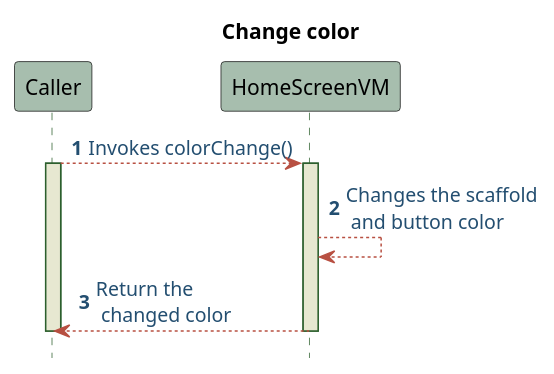
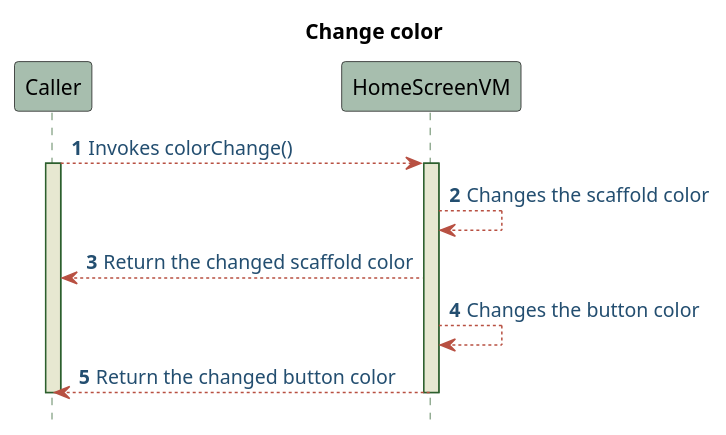
Before and after one commit to ThirumuruganArumugam/Project-ScaffoldColor: the diagram in lib/Pages/HomeScreen/Design/HomeScreenVM-Sequence-Pseudo.puml, drawn with PlantUML. The commit also changed 3 other files, not shown here.

```diff
--- a/lib/Pages/HomeScreen/Design/HomeScreenVM-Sequence-Pseudo.puml
+++ b/lib/Pages/HomeScreen/Design/HomeScreenVM-Sequence-Pseudo.puml
@@ -1,24 +1,26 @@
 @startuml HomeScreenVMVM Sequence
 
 skinparam sequence{
     ParticipantBackgroundColor #A7BEAE
     LifeLineBackgroundColor #E7E8D1
     LifeLineBorderColor #2C5F2D
     ActorBackgroundColor #FC766AFF
     ActorBorderColor #FC766AFF
     ArrowColor #B85042
     ArrowFontColor #234E70
 }
 
 title Change color
 autonumber
 hide footbox
 Caller --> HomeScreenVM: Invokes colorChange()
 activate Caller 
 activate HomeScreenVM
-HomeScreenVM --> HomeScreenVM: Changes the scaffold \n and button color
-HomeScreenVM --> Caller: Return the \n changed color
+HomeScreenVM --> HomeScreenVM: Changes the scaffold color
+HomeScreenVM --> Caller: Return the changed scaffold color
+HomeScreenVM --> HomeScreenVM: Changes the button color
+HomeScreenVM --> Caller: Return the changed button color
 deactivate HomeScreenVM
 deactivate Caller 
 
 @enduml 
```
